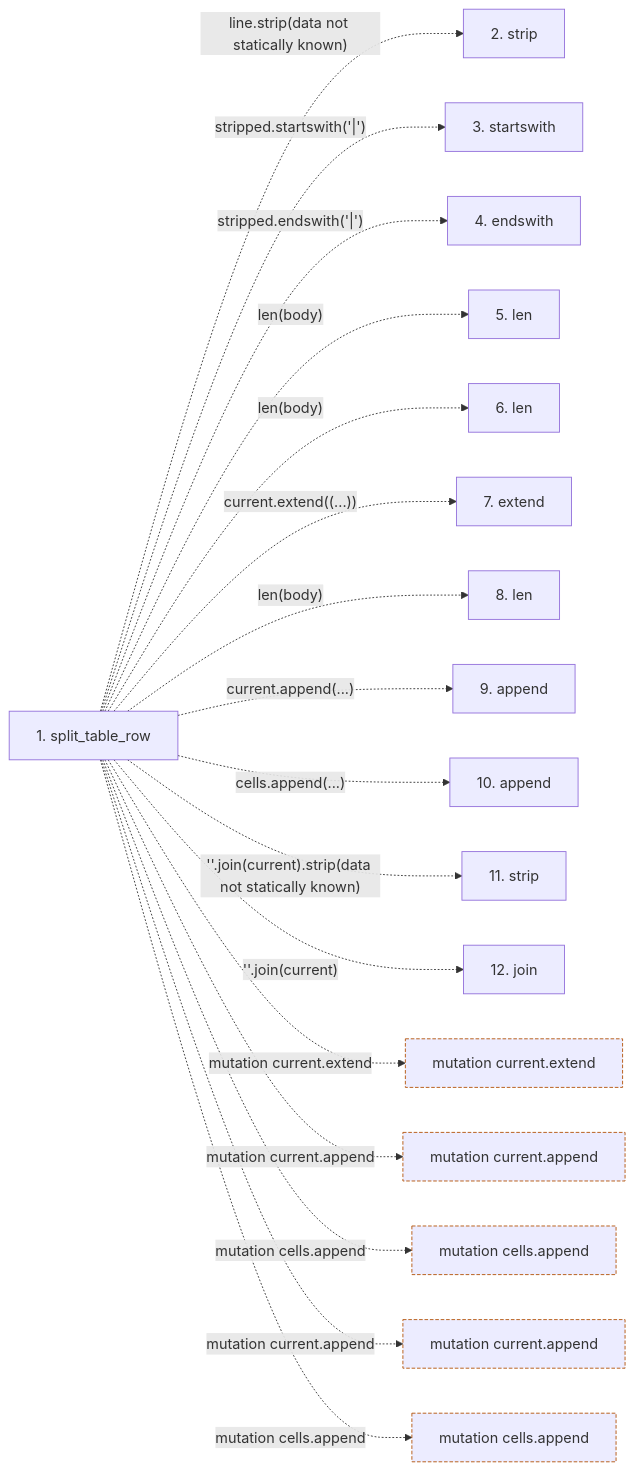
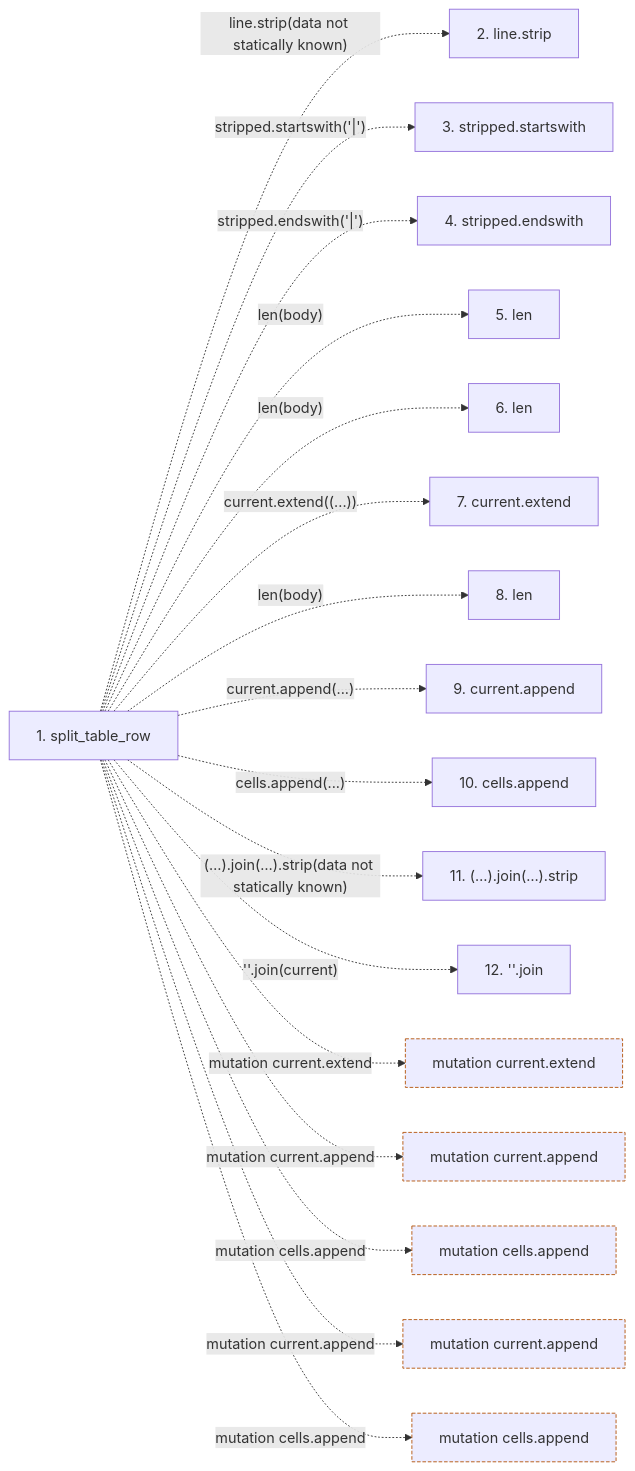
The second of 2 diagrams in docs/llm_wiki/flows/api-split_table_row.md (Denissvgn/python-wiki-llm), drawn with Mermaid before and after one commit. The commit also changed other lines of this file and 719 other files, not shown here.

````diff
--- a/docs/llm_wiki/flows/api-split_table_row.md
+++ b/docs/llm_wiki/flows/api-split_table_row.md
@@ -40,43 +42,43 @@
 ```mermaid
 flowchart LR
     s1["1. split_table_row"]
-    s2["2. strip"]
-    s3["3. startswith"]
-    s4["4. endswith"]
+    s2["2. line.strip"]
+    s3["3. stripped.startswith"]
+    s4["4. stripped.endswith"]
     s5["5. len"]
     s6["6. len"]
-    s7["7. extend"]
+    s7["7. current.extend"]
     s8["8. len"]
-    s9["9. append"]
-    s10["10. append"]
-    s11["11. strip"]
-    s12["12. join"]
+    s9["9. current.append"]
+    s10["10. cells.append"]
+    s11["11. (…).join(…).strip"]
+    s12["12. ''.join"]
     s1 -. "line.strip(data not statically known)" .-> s2
     s1 -. "stripped.startswith('|')" .-> s3
     s1 -. "stripped.endswith('|')" .-> s4
     s1 -. "len(body)" .-> s5
     s1 -. "len(body)" .-> s6
     s1 -. "current.extend((...))" .-> s7
     s1 -. "len(body)" .-> s8
     s1 -. "current.append(...)" .-> s9
     s1 -. "cells.append(...)" .-> s10
-    s1 -. "''.join(current).strip(data not statically known)" .-> s11
+    s1 -. "(…).join(…).strip(data not statically known)" .-> s11
     s1 -. "''.join(current)" .-> s12
     b0["mutation current.extend"]
     s1 -. "mutation current.extend" .-> b0
     b1["mutation current.append"]
     s1 -. "mutation current.append" .-> b1
     b2["mutation cells.append"]
     s1 -. "mutation cells.append" .-> b2
     b3["mutation current.append"]
     s1 -. "mutation current.append" .-> b3
     b4["mutation cells.append"]
     s1 -. "mutation cells.append" .-> b4
     click s1 "../modules/markdown_sections.md"
     classDef boundary stroke:#b45309,stroke-dasharray: 4 2
     class b0 boundary
     class b1 boundary
     class b2 boundary
     class b3 boundary
     class b4 boundary
 ```
````
